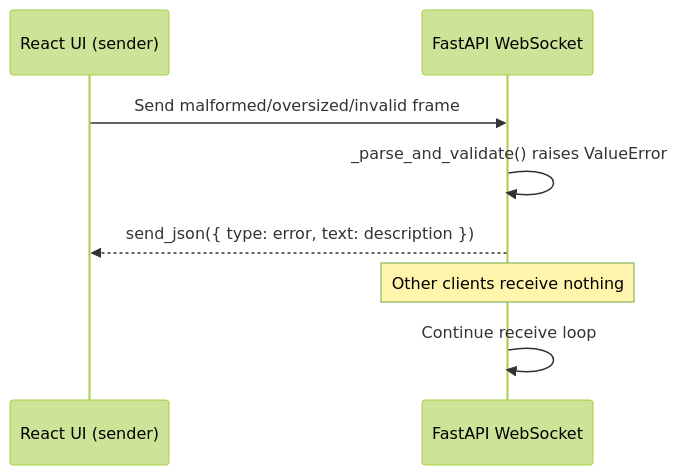
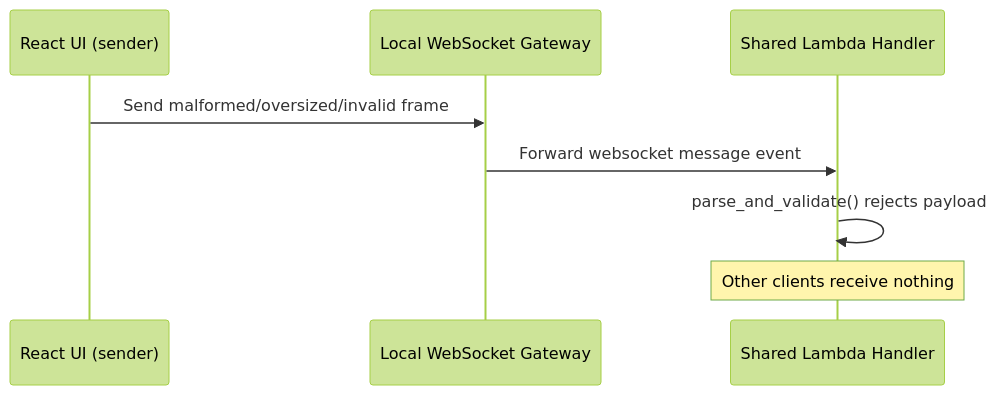
Before and after one commit to stigmergist/VibeArch: the second of 2 diagrams in arch/data-flow.md, drawn with Mermaid (forest theme). The commit also changed other lines of this file and 47 other files, not shown here.

````diff
--- a/arch/data-flow.md
+++ b/arch/data-flow.md
@@ -64,11 +70,11 @@
 ```mermaid
 sequenceDiagram
    participant F as React UI (sender)
-   participant B as FastAPI WebSocket
+   participant G as Local WebSocket Gateway
+   participant L as Shared Lambda Handler
 
-   F->>B: Send malformed/oversized/invalid frame
-   B->>B: _parse_and_validate() raises ValueError
-   B-->>F: send_json({ type: error, text: description })
-   Note over B: Other clients receive nothing
-   B->>B: Continue receive loop
+   F->>G: Send malformed/oversized/invalid frame
+   G->>L: Forward websocket message event
+   L->>L: parse_and_validate() rejects payload
+   Note over L: Other clients receive nothing
 ```
````
